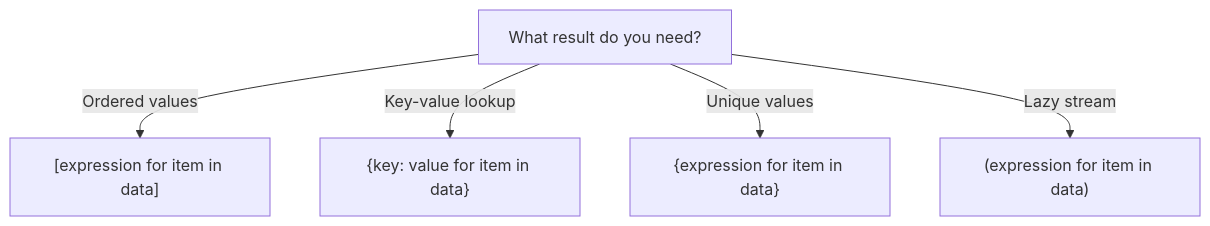
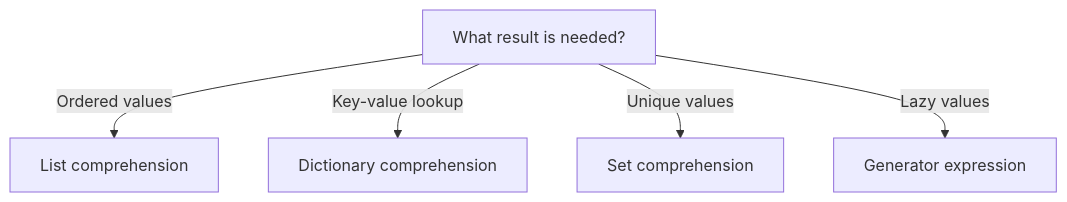
One commit to AvadhBhalodiya/Interview-Preparation changed the third of 3 diagrams in src/content/python/comprehensions.md. Above: the diagram before and after it, drawn with Mermaid. The commit also changed other lines of this file and 80 other files, not shown here.

````diff
--- a/src/content/python/comprehensions.md
+++ b/src/content/python/comprehensions.md
@@ -1052,8 +584,8 @@
 ```mermaid
 flowchart TD
-    A[What result do you need?]
-    A -->|Ordered values| B["[expression for item in data]"]
-    A -->|Key-value lookup| C["{key: value for item in data}"]
-    A -->|Unique values| D["{expression for item in data}"]
-    A -->|Lazy stream| E["(expression for item in data)"]
+    A[What result is needed?]
+    A -->|Ordered values| B[List comprehension]
+    A -->|Key-value lookup| C[Dictionary comprehension]
+    A -->|Unique values| D[Set comprehension]
+    A -->|Lazy values| E[Generator expression]
 ```
````
